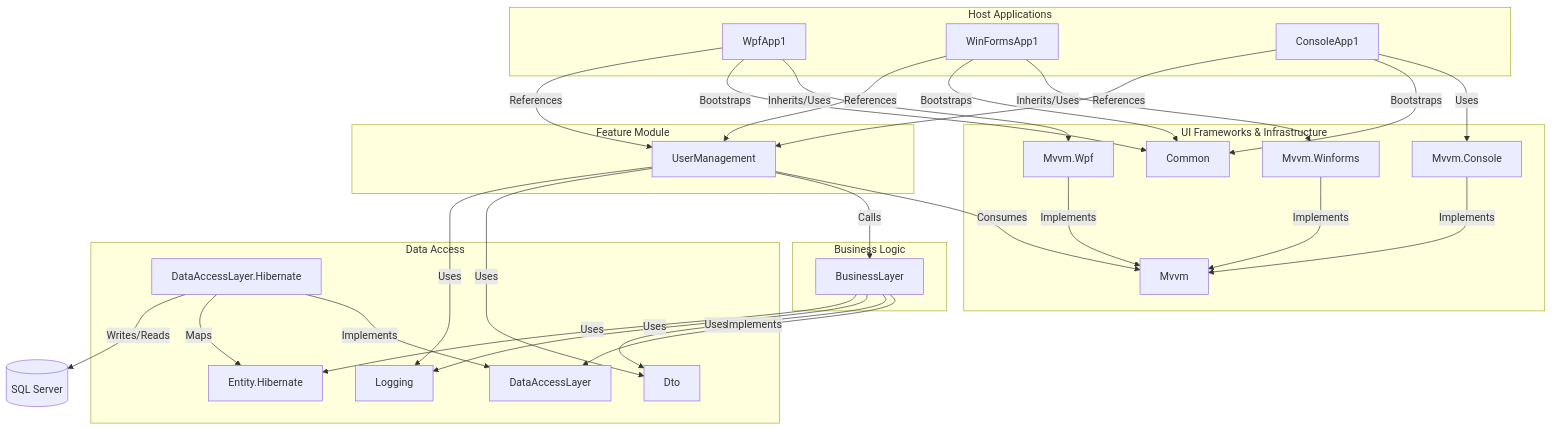
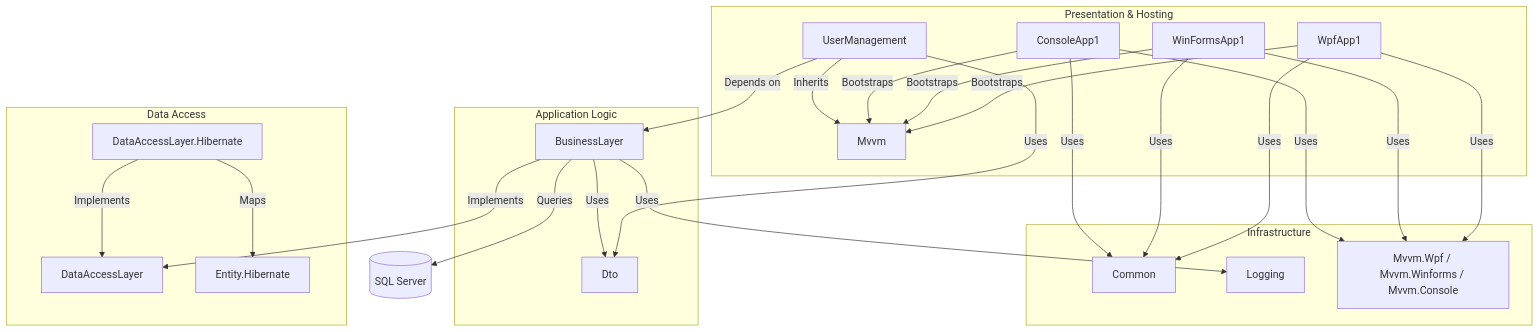
The diagram in doc/README.md (wetzlmaier-scch/mvvm), drawn with Mermaid before and after one commit. The commit also changed other lines of this file and 132 other files, not shown here.

````diff
--- a/doc/README.md
+++ b/doc/README.md
@@ -21,59 +21,52 @@
 ```mermaid
 flowchart TD
-    subgraph "Host Applications"
-        WPF[WpfApp1]
-        WF[WinFormsApp1]
-        CON[ConsoleApp1]
+    subgraph "Presentation & Hosting"
+        WpfApp[WpfApp1]
+        WinFormsApp[WinFormsApp1]
+        ConsoleApp[ConsoleApp1]
+        UserMgmt[UserManagement]
+        MvvmCore[Mvvm]
     end
 
-    subgraph "UI Frameworks & Infrastructure"
-        MVVM_WPF[Mvvm.Wpf]
-        MVVM_WF[Mvvm.Winforms]
-        MVVM_CON[Mvvm.Console]
-        MVVM_CORE[Mvvm]
-        COMMON[Common]
-    end
-
-    subgraph "Feature Module"
-        UM[UserManagement]
-    end
-
-    subgraph "Business Logic"
-        BL[BusinessLayer]
+    subgraph "Application Logic"
+        BizLayer[BusinessLayer]
+        Dto[Dto]
     end
 
     subgraph "Data Access"
-        DAL[DataAccessLayer]
-        DAL_HIB[DataAccessLayer.Hibernate]
-        ENT_HIB[Entity.Hibernate]
-        DTO[Dto]
-        LOG[Logging]
+        DataAccess[DataAccessLayer]
+        HibImpl[DataAccessLayer.Hibernate]
+        EntityHib[Entity.Hibernate]
     end
 
-    DB[(SQL Server)]
+    subgraph "Infrastructure"
+        Common[Common]
+        Logging[Logging]
+        MvvmAdapters[Mvvm.Wpf / Mvvm.Winforms / Mvvm.Console]
+    end
 
-    WPF -->|Inherits/Uses| MVVM_WPF
-    WF -->|Inherits/Uses| MVVM_WF
-    CON -->|Uses| MVVM_CON
+    WpfApp -->|Bootstraps| MvvmCore
+    WinFormsApp -->|Bootstraps| MvvmCore
+    ConsoleApp -->|Bootstraps| MvvmCore
     
-    MVVM_WPF -->|Implements| MVVM_CORE
-    MVVM_WF -->|Implements| MVVM_CORE
-    MVVM_CON -->|Implements| MVVM_CORE
+    UserMgmt -->|Depends on| BizLayer
+    UserMgmt -->|Inherits| MvvmCore
+    UserMgmt -->|Uses| Dto
     
-    WPF & WF & CON -->|Bootstraps| COMMON
-    WPF & WF & CON -->|References| UM
+    BizLayer -->|Implements| DataAccess
+    BizLayer -->|Uses| Logging
+    BizLayer -->|Uses| Dto
     
-    UM -->|Consumes| MVVM_CORE
-    UM -->|Calls| BL
-    UM -->|Uses| DTO
-    UM -->|Uses| LOG
+    HibImpl -->|Implements| DataAccess
+    HibImpl -->|Maps| EntityHib
+    
+    WpfApp -->|Uses| MvvmAdapters
+    WinFormsApp -->|Uses| MvvmAdapters
+    ConsoleApp -->|Uses| MvvmAdapters
+    
+    WpfApp -->|Uses| Common
+    WinFormsApp -->|Uses| Common
+    ConsoleApp -->|Uses| Common
 
-    BL -->|Implements| DAL
-    BL -->|Uses| DTO
-    BL -->|Uses| LOG
-    BL -->|Uses| ENT_HIB
-
-    DAL_HIB -->|Implements| DAL
-    DAL_HIB -->|Maps| ENT_HIB
-    DAL_HIB -->|Writes/Reads| DB
+    BizLayer -->|Queries| SQL[(SQL Server)]
 ```
````
